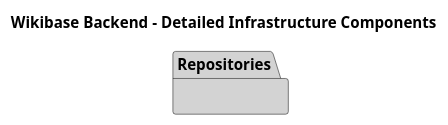
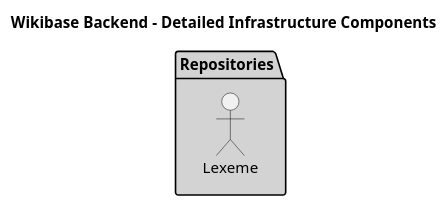
One commit to dpriskorn/entitybase-backend changed the diagram in doc/DIAGRAMS/detailed_infrastructure_components.puml. Above: the diagram before and after it, drawn with PlantUML. The commit also changed 59 other files, not shown here.

```diff
--- a/doc/DIAGRAMS/detailed_infrastructure_components.puml
+++ b/doc/DIAGRAMS/detailed_infrastructure_components.puml
@@ -1,8 +1,9 @@
 @startuml Detailed Infrastructure Components
 
 title Wikibase Backend - Detailed Infrastructure Components
 
 package "Repositories" as Repositories #LightGray {
+    "Lexeme" as LexemeRepository
 }
 
 @enduml
```
